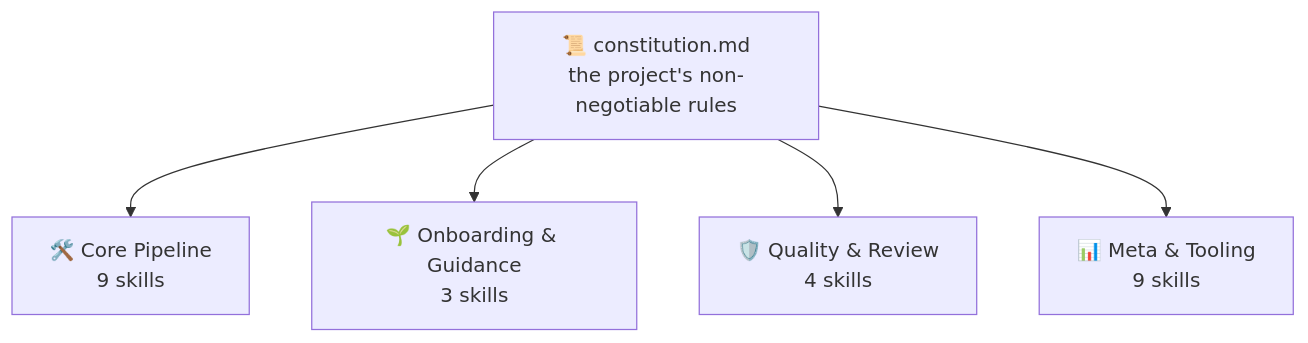
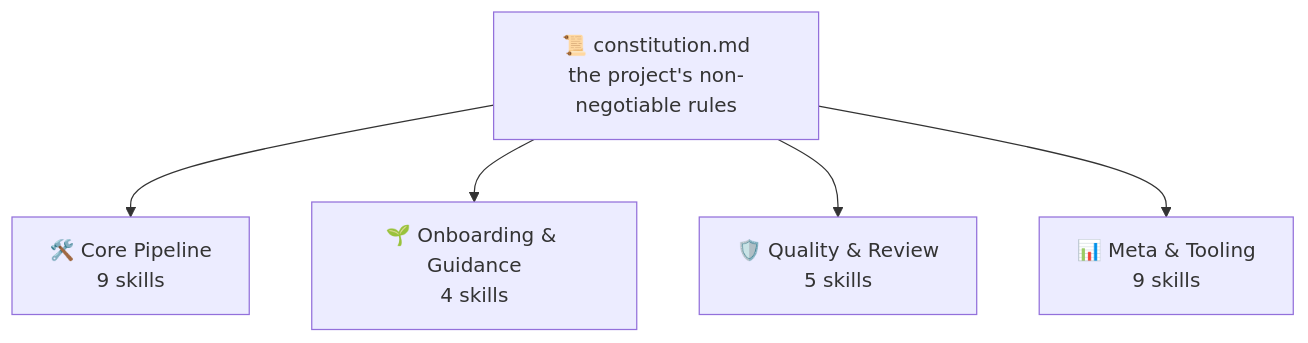
One commit to jonyfs/spec-jedi changed the first of 2 diagrams in README.md. Above: the diagram before and after it, drawn with Mermaid. The commit also changed other lines of this file and 8 other files, not shown here.

````diff
--- a/README.md
+++ b/README.md
@@ -58,7 +58,7 @@
 ```mermaid
 flowchart TD
     Const["📜 constitution.md<br/>the project's non-negotiable rules"] --> Core["🛠️ Core Pipeline<br/>9 skills"]
-    Const --> Onboard["🌱 Onboarding & Guidance<br/>3 skills"]
-    Const --> Quality["🛡️ Quality & Review<br/>4 skills"]
+    Const --> Onboard["🌱 Onboarding & Guidance<br/>4 skills"]
+    Const --> Quality["🛡️ Quality & Review<br/>5 skills"]
     Const --> Meta["📊 Meta & Tooling<br/>9 skills"]
 ```
````
